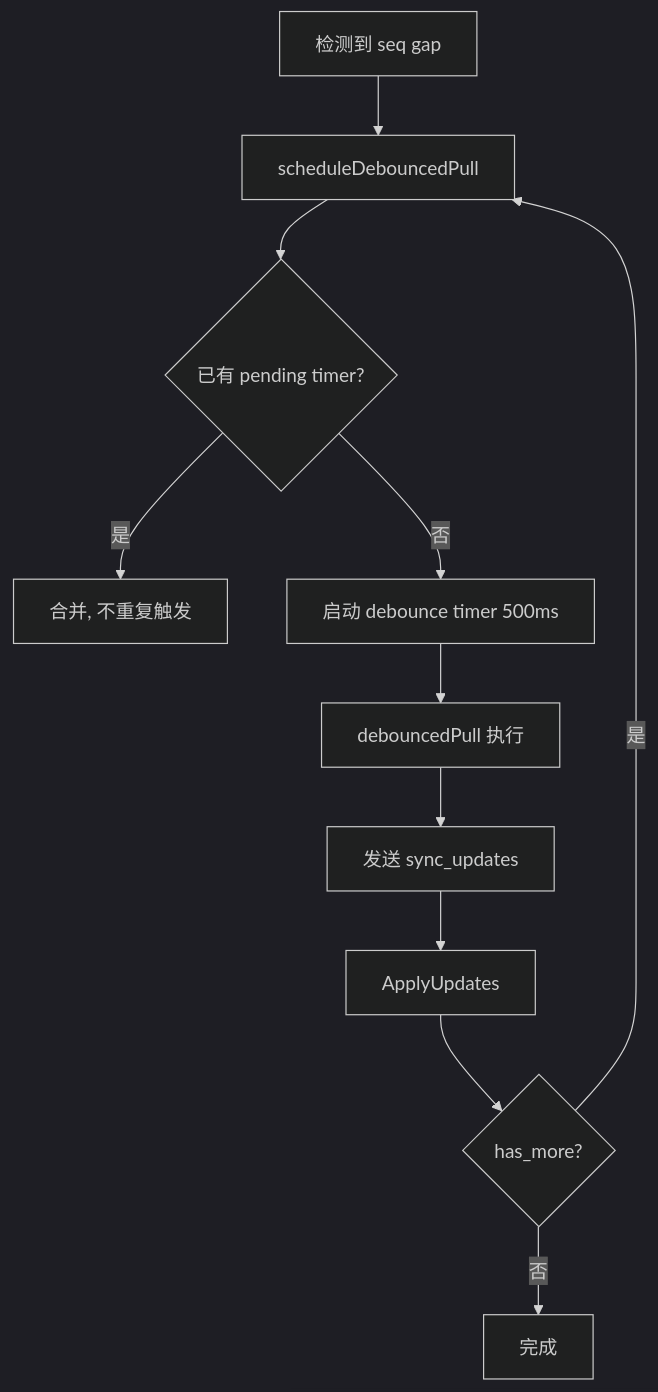
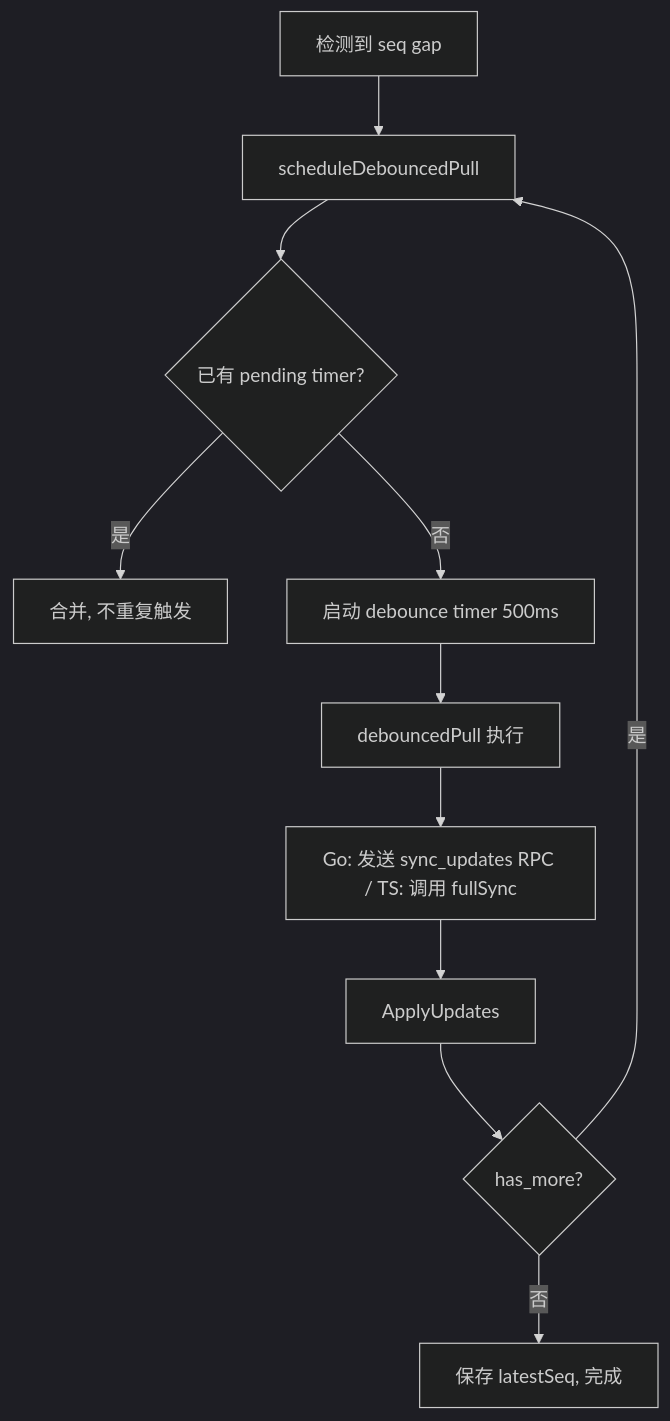
The eighth of 12 diagrams in wiki/flows/sync-updates.md (PineappleBond/xyncra-server), drawn with Mermaid (dark theme) before and after one commit. The commit also changed other lines of this file and 19 other files, not shown here.

````diff
--- a/wiki/flows/sync-updates.md
+++ b/wiki/flows/sync-updates.md
@@ -290,13 +292,13 @@
 ```mermaid
 flowchart TD
     A[检测到 seq gap] --> B[scheduleDebouncedPull]
     B --> C{已有 pending timer?}
     C -->|是| D[合并, 不重复触发]
     C -->|否| E[启动 debounce timer 500ms]
     E --> F[debouncedPull 执行]
-    F --> G[发送 sync_updates]
+    F --> G[Go: 发送 sync_updates RPC / TS: 调用 fullSync]
     G --> H[ApplyUpdates]
     H --> I{has_more?}
     I -->|是| B
-    I -->|否| J[完成]
+    I -->|否| J[保存 latestSeq, 完成]
 ```
````
